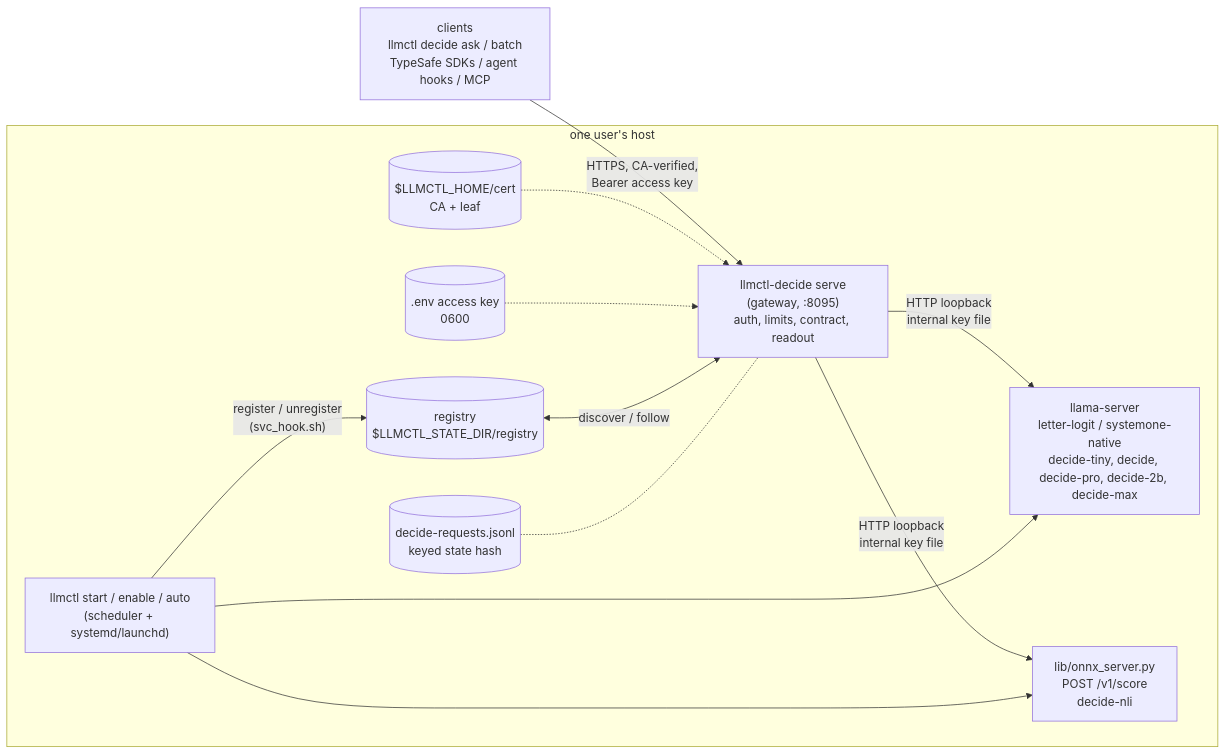
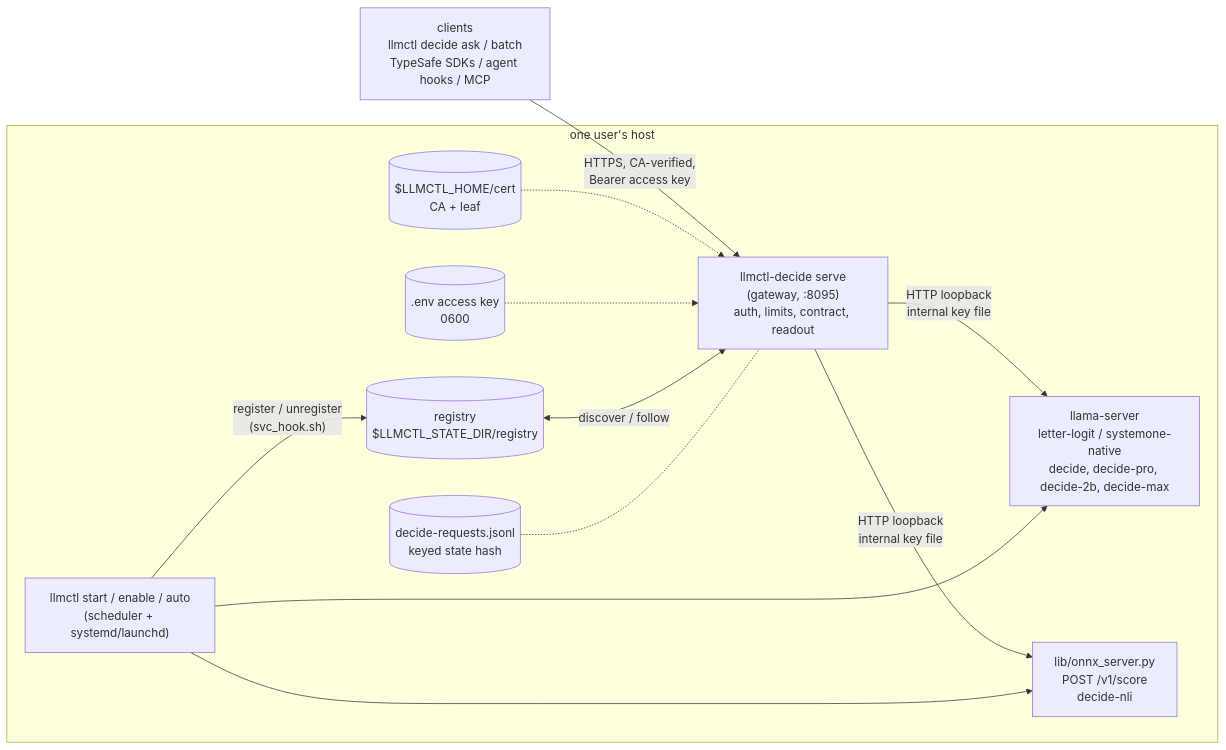
One commit to vasic-digital/llmctl changed the sixth of 10 diagrams in docs/architecture.md. Above: the diagram before and after it, drawn with Mermaid. The commit also changed 21 other files, not shown here.

First line of the commit message:
fix(decide): decide-nli accepts the real binary head; decide-tiny no longer recommended anywhere

````diff
--- a/docs/architecture.md
+++ b/docs/architecture.md
@@ -241,15 +241,15 @@
 ```mermaid
 flowchart LR
     CLIENT["clients<br/>llmctl decide ask / batch<br/>TypeSafe SDKs / agent hooks / MCP"] -->|"HTTPS, CA-verified,<br/>Bearer access key"| GW
     subgraph HOST["one user's host"]
         GW["llmctl-decide serve<br/>(gateway, :8095)<br/>auth, limits, contract, readout"]
         CERT[("$LLMCTL_HOME/cert<br/>CA + leaf")] -.-> GW
         KEY[(".env access key<br/>0600")] -.-> GW
         REG[("registry<br/>$LLMCTL_STATE_DIR/registry")] <-->|"discover / follow"| GW
-        GW -->|"HTTP loopback<br/>internal key file"| LL["llama-server<br/>letter-logit / systemone-native<br/>decide-tiny, decide, decide-pro, decide-2b, decide-max"]
+        GW -->|"HTTP loopback<br/>internal key file"| LL["llama-server<br/>letter-logit / systemone-native<br/>decide, decide-pro, decide-2b, decide-max"]
         GW -->|"HTTP loopback<br/>internal key file"| ON["lib/onnx_server.py<br/>POST /v1/score<br/>decide-nli"]
         SCHED["llmctl start / enable / auto<br/>(scheduler + systemd/launchd)"] --> LL & ON
         SCHED -->|"register / unregister<br/>(svc_hook.sh)"| REG
         LOG[("decide-requests.jsonl<br/>keyed state hash")] <-.- GW
     end
 ```
````
